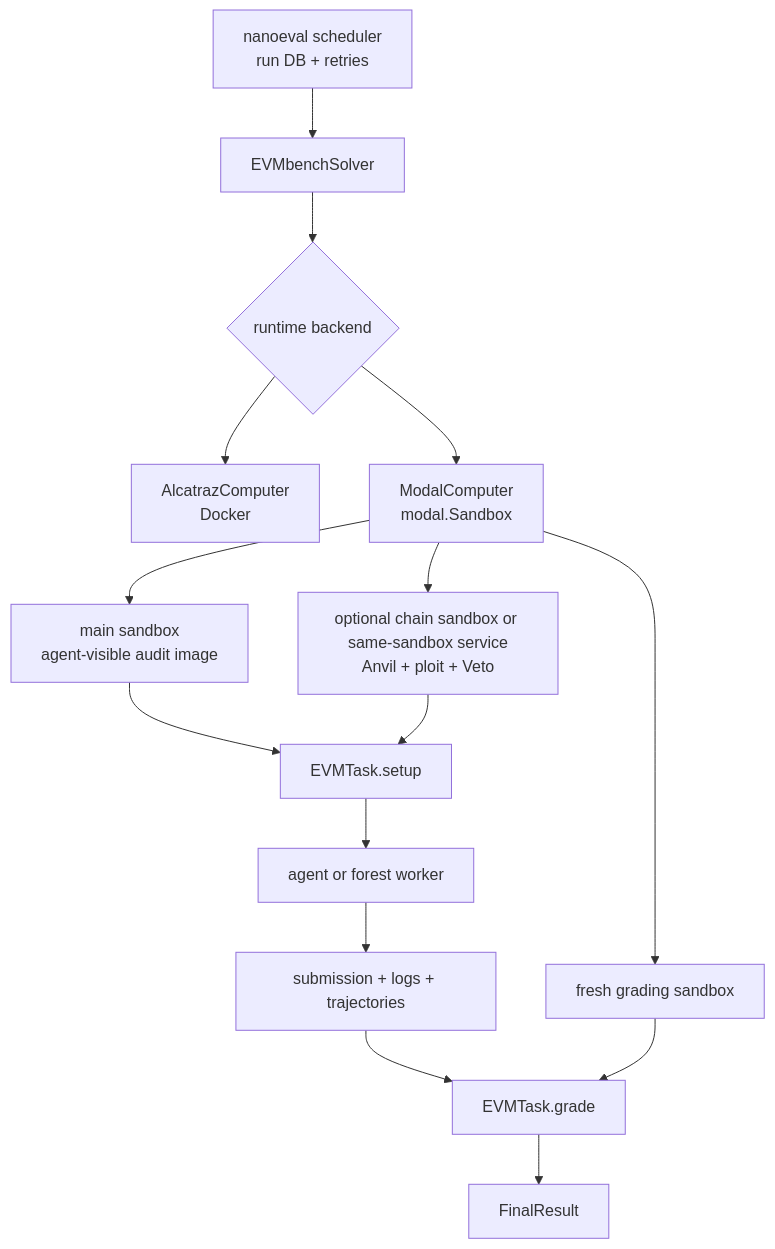
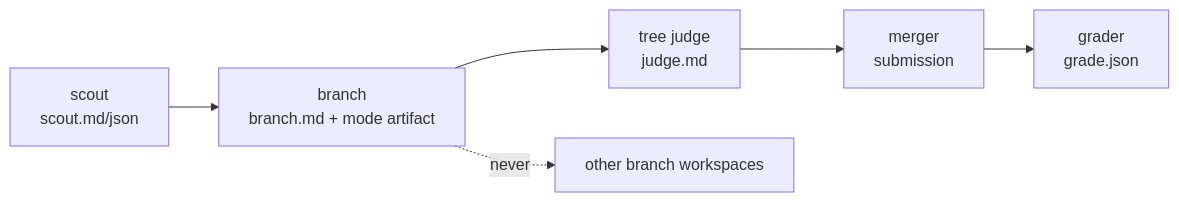
One commit to pranay5255/forestOfAudits changed the second of 6 diagrams in project/evmbench/docs/system-architecture.md. Above: the diagram before and after it, drawn with Mermaid. The commit also changed other lines of this file, not shown here.

Commit message:
docs: describe campaign and harness architecture

````diff
--- a/project/evmbench/docs/system-architecture.md
+++ b/project/evmbench/docs/system-architecture.md
@@ -523,19 +40,8 @@
 ```mermaid
-flowchart TD
-  NE["nanoeval scheduler<br/>run DB + retries"] --> SOLVER["EVMbenchSolver"]
-  SOLVER --> FACTORY{"runtime backend"}
-  FACTORY --> LOCAL["AlcatrazComputer<br/>Docker"]
-  FACTORY --> MODAL["ModalComputer<br/>modal.Sandbox"]
-
-  MODAL --> MAIN["main sandbox<br/>agent-visible audit image"]
-  MODAL --> CHAIN["optional chain sandbox or same-sandbox service<br/>Anvil + ploit + Veto"]
-  MODAL --> GRADE["fresh grading sandbox"]
-
-  MAIN --> TASK_SETUP["EVMTask.setup"]
-  CHAIN --> TASK_SETUP
-  TASK_SETUP --> AGENT["agent or forest worker"]
-  AGENT --> EXTRACT["submission + logs + trajectories"]
-  EXTRACT --> TASK_GRADE["EVMTask.grade"]
-  GRADE --> TASK_GRADE
-  TASK_GRADE --> RESULT["FinalResult"]
+flowchart LR
+  S["scout<br/>scout.md/json"] --> B["branch<br/>branch.md + mode artifact"]
+  B --> J["tree judge<br/>judge.md"]
+  J --> M["merger<br/>submission"]
+  M --> G["grader<br/>grade.json"]
+  B -.->|"never"| M2["other branch workspaces"]
 ```
````
